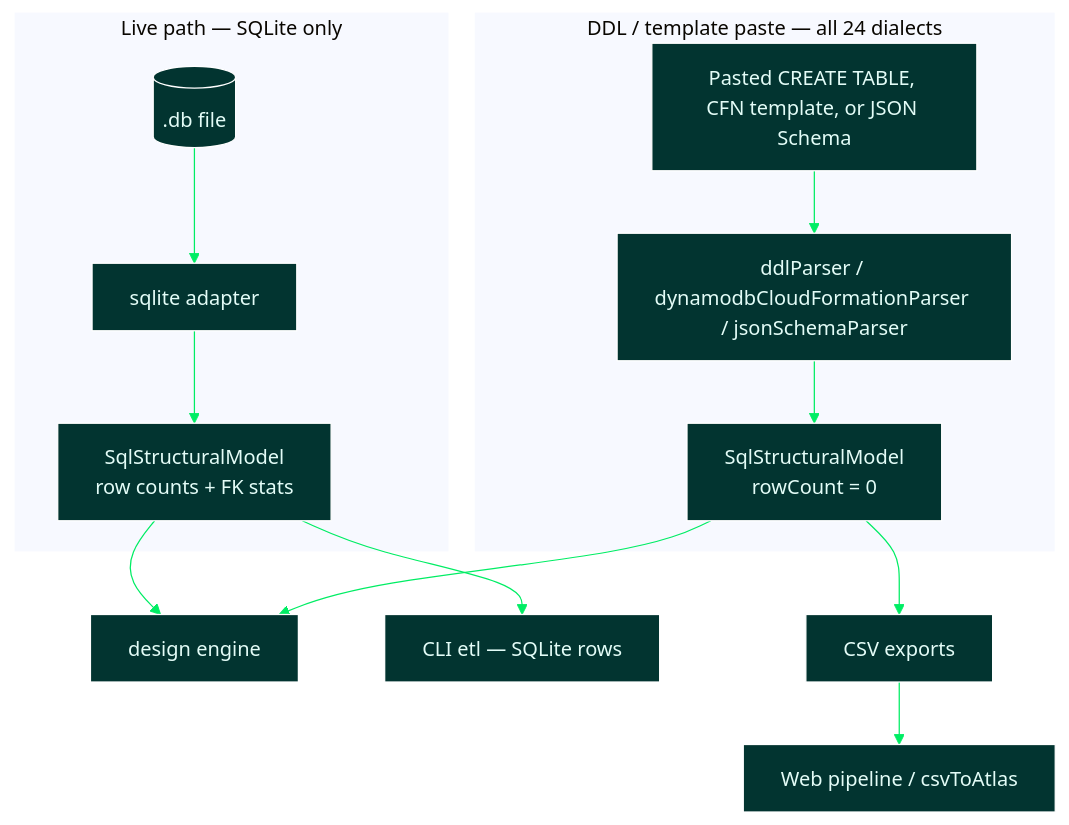
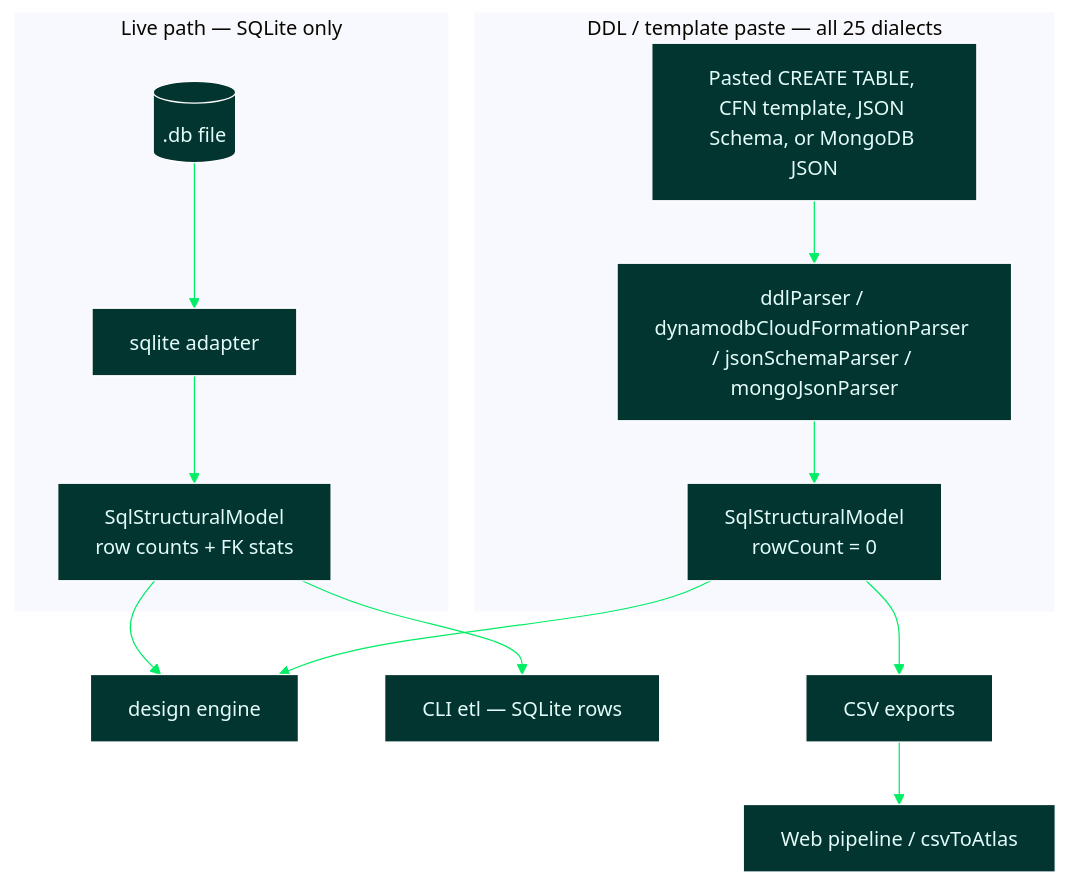
One commit to 7erry/hvyMETL changed the diagram in docs/18-sql-dialects.md. Above: the diagram before and after it, drawn with Mermaid. The commit also changed other lines of this file and 33 other files, not shown here.

Commit message:
Import MongoDB documents and CMS JSON Schema exports as one table per collection, with nested objects left nested, and ship that as 6.0.0.

````diff
--- a/docs/18-sql-dialects.md
+++ b/docs/18-sql-dialects.md
@@ -62,17 +63,17 @@
 ```mermaid
 %%{init:{"theme":"base","themeVariables":{"darkMode":true,"background":"#001E2B","mainBkg":"#023430","primaryTextColor":"#E3FCF7","lineColor":"#00ED64","textColor":"#E3FCF7"}}}%%
 flowchart TB
     subgraph live [Live path — SQLite only]
         FILE[(.db file)] --> ADAPTER[sqlite adapter]
         ADAPTER --> MODEL[SqlStructuralModel<br/>row counts + FK stats]
     end
-    subgraph ddl [DDL / template paste — all 24 dialects]
-        PASTE[Pasted CREATE TABLE, CFN template, or JSON Schema] --> PARSER[ddlParser / dynamodbCloudFormationParser / jsonSchemaParser]
+    subgraph ddl [DDL / template paste — all 25 dialects]
+        PASTE[Pasted CREATE TABLE, CFN template, JSON Schema, or MongoDB JSON] --> PARSER[ddlParser / dynamodbCloudFormationParser / jsonSchemaParser / mongoJsonParser]
         PARSER --> MODEL2[SqlStructuralModel<br/>rowCount = 0]
     end
     MODEL --> DESIGN[design engine]
     MODEL2 --> DESIGN
     MODEL --> ETL_CLI[CLI etl — SQLite rows]
     MODEL2 --> CSV[CSV exports]
     CSV --> PIPELINE[Web pipeline / csvToAtlas]
 ```
````
